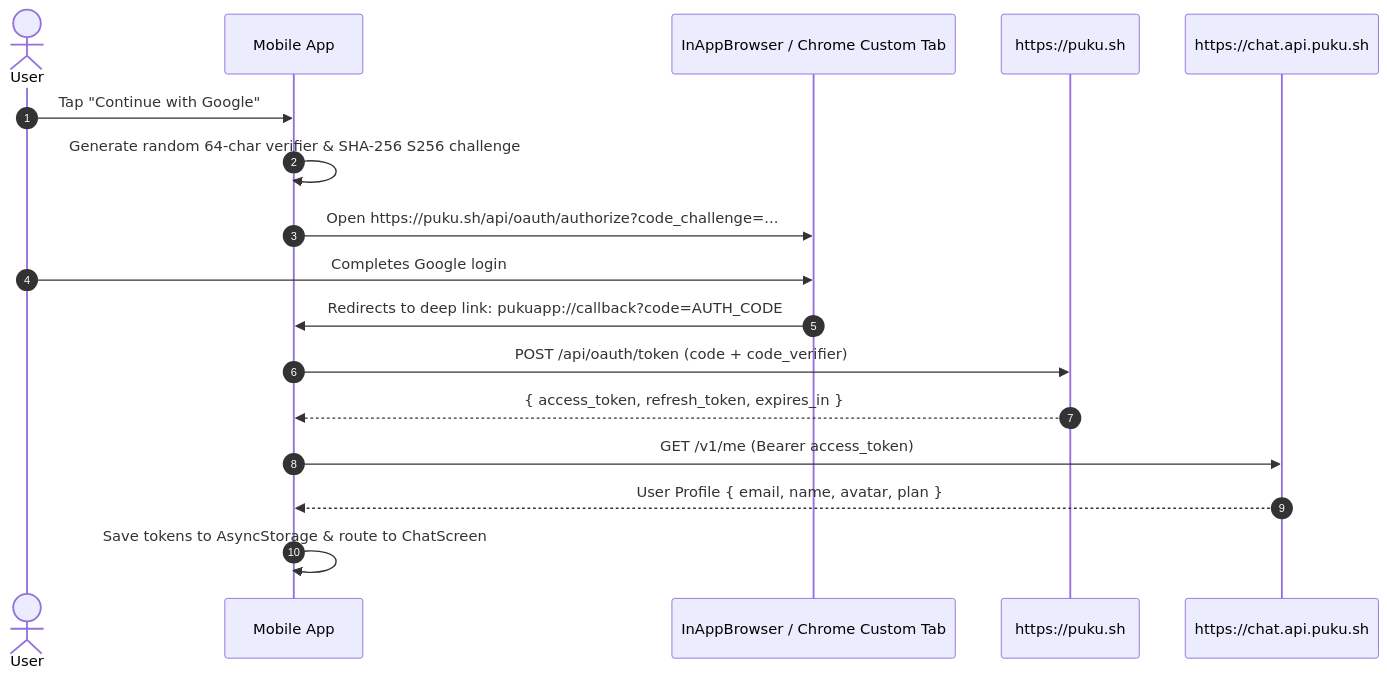
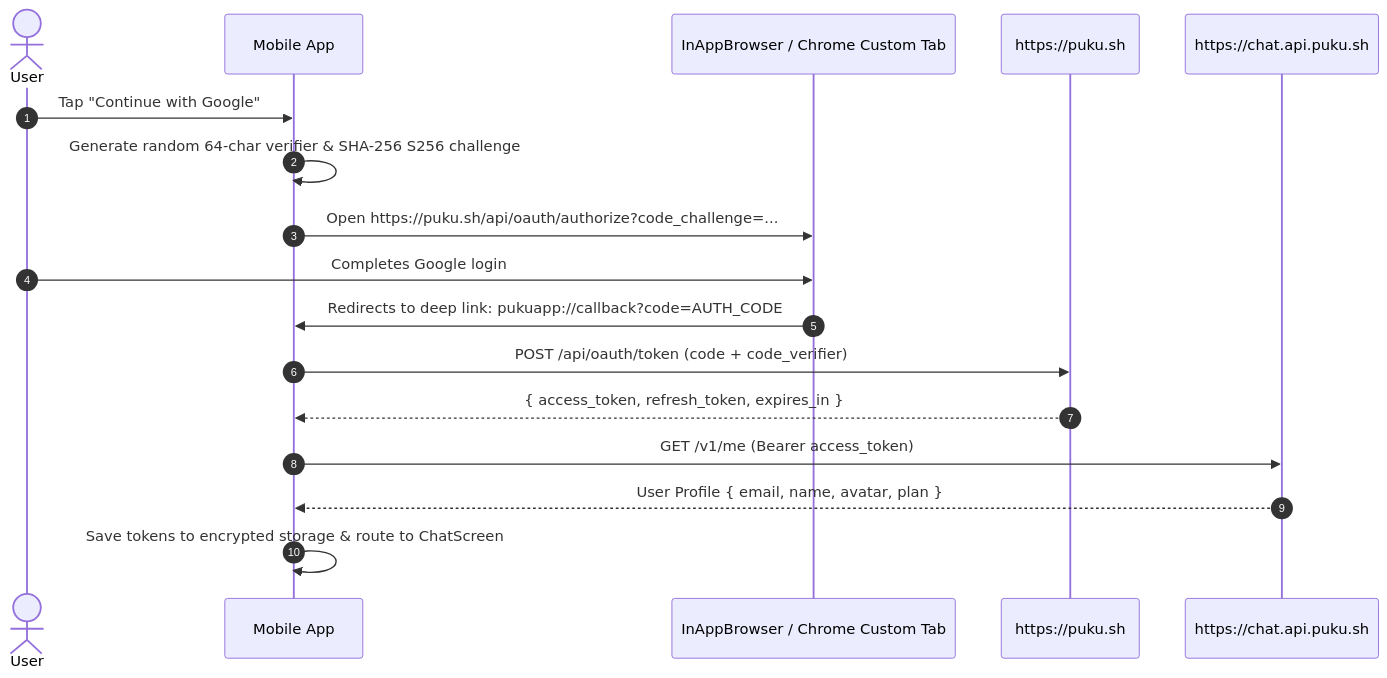
The diagram in docs/API_AND_AUTH.md (iftakhar-323/puku-ai), drawn with Mermaid before and after one commit. The commit also changed other lines of this file and 5 other files, not shown here.

````diff
--- a/docs/API_AND_AUTH.md
+++ b/docs/API_AND_AUTH.md
@@ -27,20 +27,20 @@
 ```mermaid
 sequenceDiagram
     autonumber
     actor User
     participant App as Mobile App
     participant Browser as InAppBrowser / Chrome Custom Tab
     participant AuthServer as https://puku.sh
     participant APIServer as https://chat.api.puku.sh
 
     User->>App: Tap "Continue with Google"
     App->>App: Generate random 64-char verifier & SHA-256 S256 challenge
     App->>Browser: Open https://puku.sh/api/oauth/authorize?code_challenge=...
     User->>Browser: Completes Google login
     Browser->>App: Redirects to deep link: pukuapp://callback?code=AUTH_CODE
     App->>AuthServer: POST /api/oauth/token (code + code_verifier)
     AuthServer-->>App: { access_token, refresh_token, expires_in }
     App->>APIServer: GET /v1/me (Bearer access_token)
     APIServer-->>App: User Profile { email, name, avatar, plan }
-    App->>App: Save tokens to AsyncStorage & route to ChatScreen
+    App->>App: Save tokens to encrypted storage & route to ChatScreen
 ```
````
